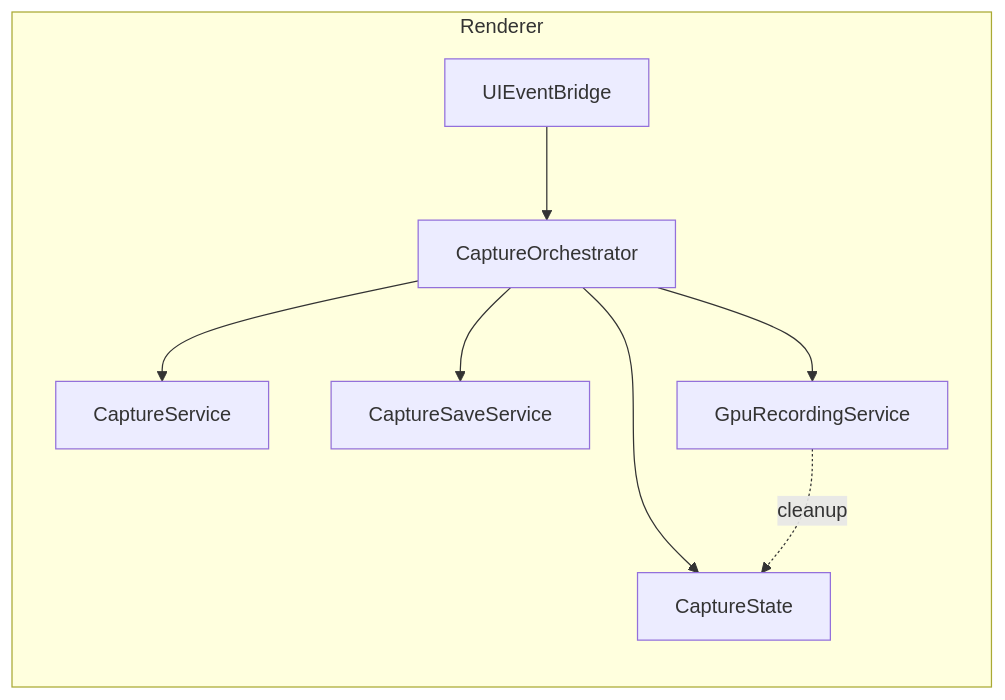
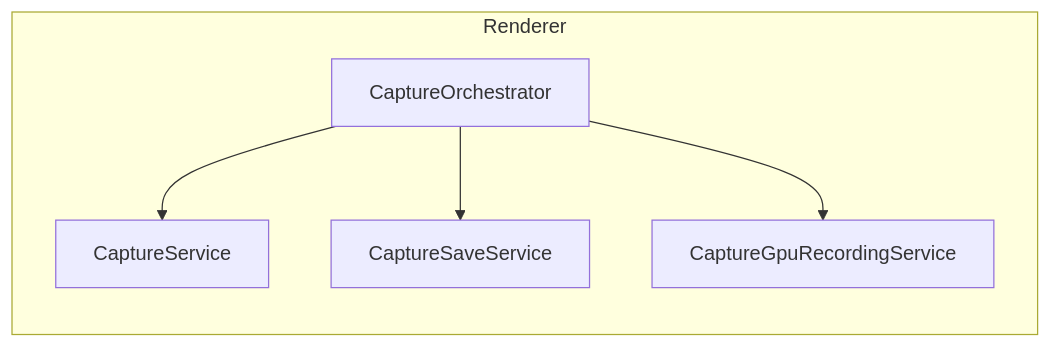
Before and after one commit to josstei/prismgb-app: the third of 8 diagrams in docs/architecture-diagrams.md, drawn with Mermaid. The commit also changed other lines of this file and 50 other files, not shown here.

````diff
--- a/docs/architecture-diagrams.md
+++ b/docs/architecture-diagrams.md
@@ -67,19 +61,13 @@
 ```mermaid
 flowchart LR
   subgraph RENDERER[Renderer]
-    UIEventBridge[UIEventBridge]
     CaptureOrchestrator[CaptureOrchestrator]
     CaptureService[CaptureService]
     CaptureSaveService[CaptureSaveService]
-    GpuRecordingService[GpuRecordingService]
-    CaptureState[CaptureState]
+    CaptureGpuRecordingService[CaptureGpuRecordingService]
   end
 
-  UIEventBridge --> CaptureOrchestrator
   CaptureOrchestrator --> CaptureService
   CaptureOrchestrator --> CaptureSaveService
-  CaptureOrchestrator --> GpuRecordingService
-  CaptureOrchestrator --> CaptureState
-
-  GpuRecordingService -. cleanup .-> CaptureState
+  CaptureOrchestrator --> CaptureGpuRecordingService
 ```
````
